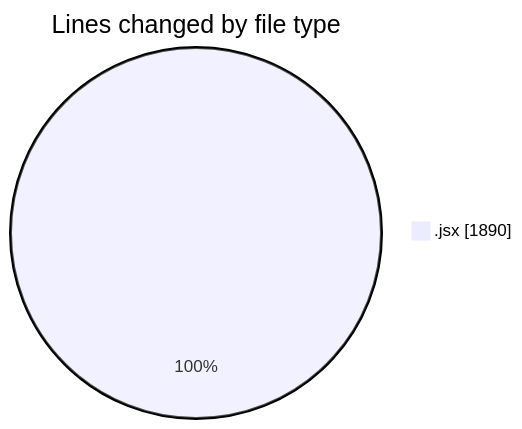
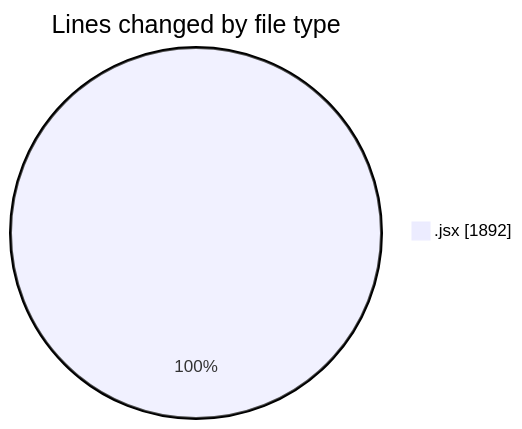
One commit to nxtqubesakshisongat/code-tracking changed the first of 2 diagrams in 2025-12-24/nxtqube_webapp/README.md. Above: the diagram before and after it, drawn with Mermaid. The commit also changed other lines of this file and 1 other file, not shown here.

````diff
--- a/2025-12-24/nxtqube_webapp/README.md
+++ b/2025-12-24/nxtqube_webapp/README.md
@@ -20,5 +20,5 @@
 ```mermaid
 pie showData
 title Lines changed by file type
-".jsx" : 1890
+".jsx" : 1892
 ```
````
